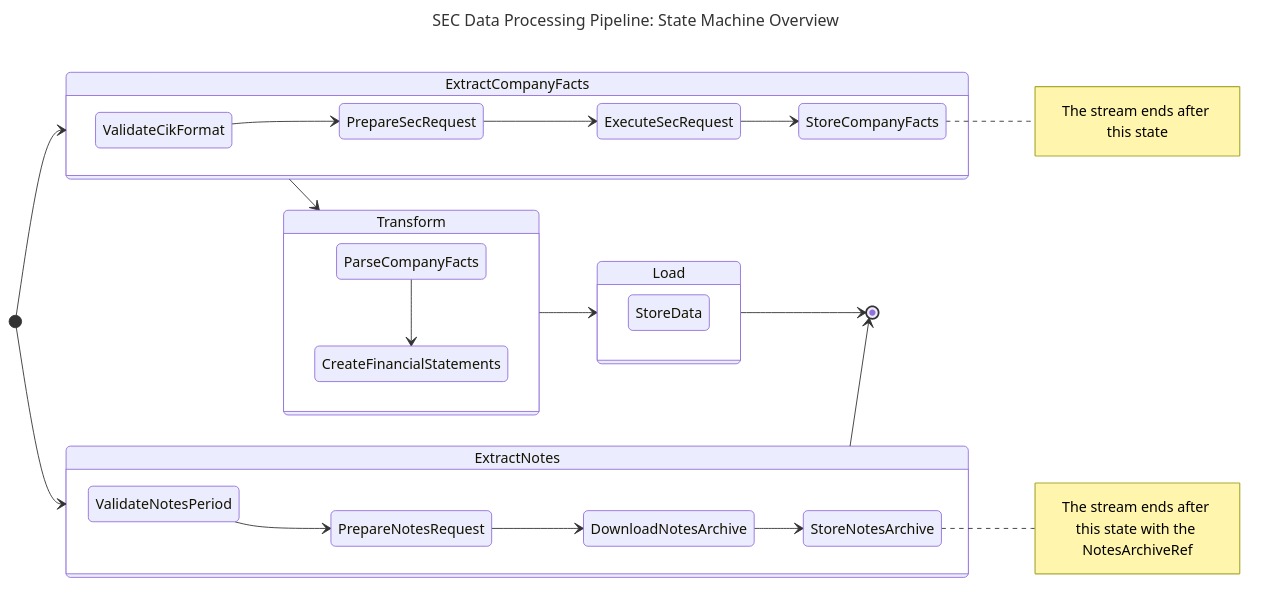
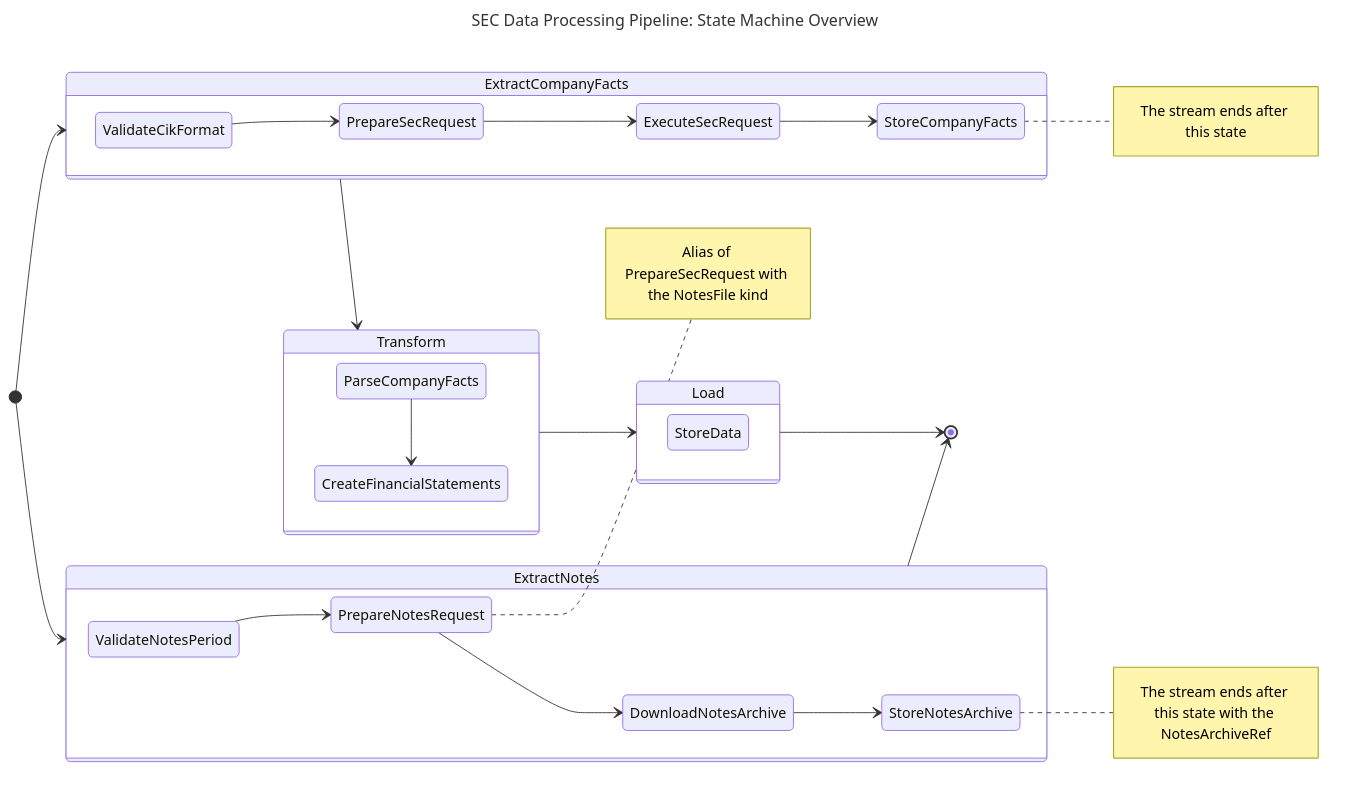
The diagram in sec/design/state_diagram/sec_state_machine.md (ironcapitaleu/arkad), drawn with Mermaid before and after one commit. The commit also changed 43 other files, not shown here.

First line of the commit message:
refactor(sec): make PrepareNotesRequest an alias of PrepareSecRequest (#301)

````diff
--- a/sec/design/state_diagram/sec_state_machine.md
+++ b/sec/design/state_diagram/sec_state_machine.md
@@ -1,44 +1,45 @@
 ```mermaid
 ---
 title: "SEC Data Processing Pipeline: State Machine Overview"
 ---
 stateDiagram-v2
     %% Align all the SuperStates from left-to-right
     direction LR
 
     %% `ExtractCompanyFacts` SuperState
     [*] --> ExtractCompanyFacts
     state ExtractCompanyFacts {
         ValidateCikFormat --> PrepareSecRequest
         PrepareSecRequest --> ExecuteSecRequest
         ExecuteSecRequest --> StoreCompanyFacts
         note right of StoreCompanyFacts : The stream ends after this state
     }
 
     ExtractCompanyFacts --> Transform
 
     %% `ExtractNotes` SuperState, one per Notes file
     [*] --> ExtractNotes
     state ExtractNotes {
         ValidateNotesPeriod --> PrepareNotesRequest
         PrepareNotesRequest --> DownloadNotesArchive
+        note right of PrepareNotesRequest : Alias of PrepareSecRequest with the NotesFile kind
         DownloadNotesArchive --> StoreNotesArchive
         note right of StoreNotesArchive : The stream ends after this state with the NotesArchiveRef
     }
 
     ExtractNotes --> [*]
 
     %% `Transform` SuperState
     state Transform {
         ParseCompanyFacts --> CreateFinancialStatements
     }
 
     Transform --> Load
 
     %% `Load` SuperState
     state Load {
         StoreData
     }
 
     Load --> [*]
 ```
````
